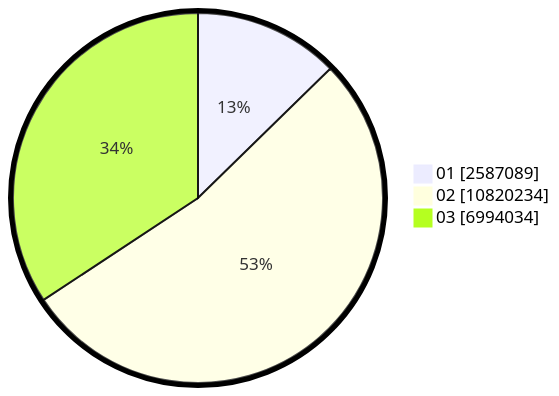
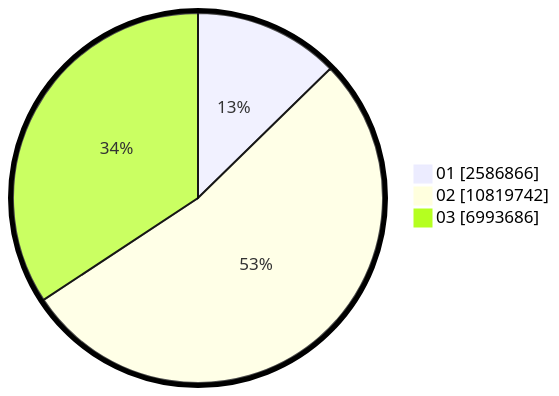
One commit to gigit-pemilu/pemilu-2024 changed the second of 2 diagrams in pilpres/hitung-suara/sub/table-wilayah-33.md. Above: the diagram before and after it, drawn with Mermaid. The commit also changed other lines of this file and 11 other files, not shown here.

````diff
--- a/pilpres/hitung-suara/sub/table-wilayah-33.md
+++ b/pilpres/hitung-suara/sub/table-wilayah-33.md
@@ -15,7 +15,7 @@
 ```mermaid
 %%{init: {"pie": {"textPosition": 0.5}, "themeVariables": {"pieOuterStrokeWidth": "5px"}} }%%
 pie showData
-    "01" : 2587089
-    "02" : 10820234
-    "03" : 6994034
+    "01" : 2586866
+    "02" : 10819742
+    "03" : 6993686
 ```
````
